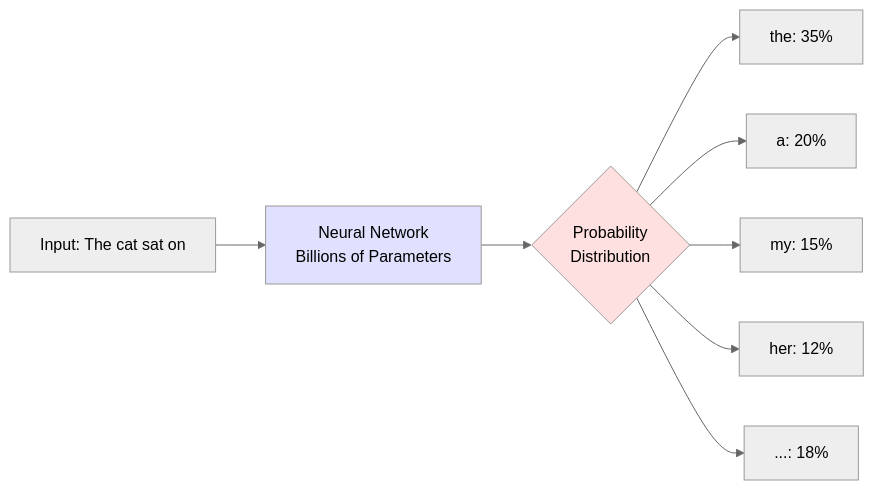
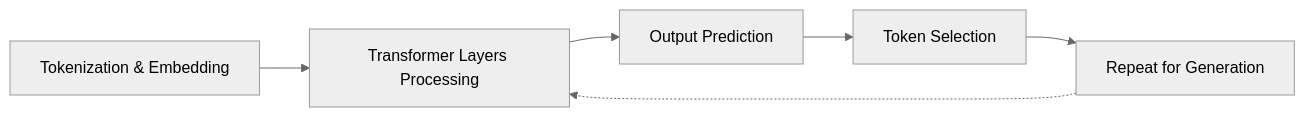
One commit to superwebpros/msu-slides changed the second of 2 diagrams in ssc-493/markdown/session-02-prompts-language-models.md. Above: the diagram before and after it, drawn with Mermaid (neutral theme). The commit also changed other lines of this file and 2 other files, not shown here.

````diff
--- a/ssc-493/markdown/session-02-prompts-language-models.md
+++ b/ssc-493/markdown/session-02-prompts-language-models.md
@@ -154,12 +143,8 @@
-<div class="mermaid" style="transform: scale(0.85);">
+```mermaid
 graph LR
-    A[Input: The cat sat on] --> B[Neural Network<br/>Billions of Parameters]
-    B --> C{Probability<br/>Distribution}
-    C --> D1[the: 35%]
-    C --> D2[a: 20%]
-    C --> D3[my: 15%]
-    C --> D4[her: 12%]
-    C --> D5[...: 18%]
-    style B fill:#e0e0ff
-    style C fill:#ffe0e0
-</div>
+    A[Tokenization & Embedding] --> B[Transformer Layers Processing]
+    B --> C[Output Prediction]
+    C --> D[Token Selection]
+    D --> E[Repeat for Generation]
+    E -.-> B
+```
````
